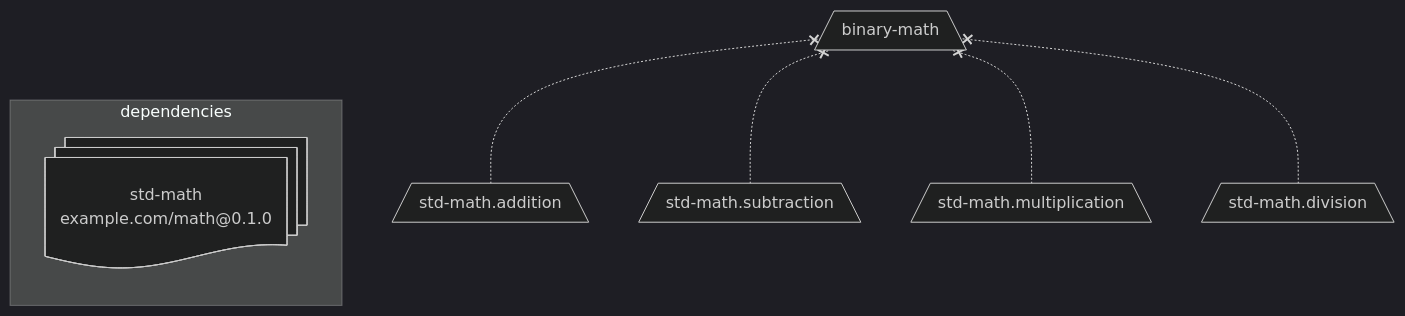
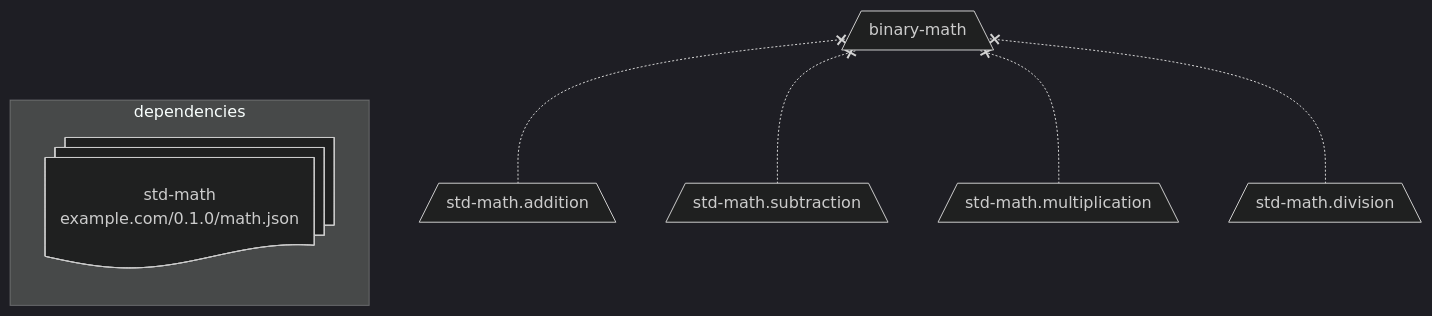
One commit to openproficiency/model changed the first of 3 diagrams in specs/topic-list.md. Above: the diagram before and after it, drawn with Mermaid (dark theme). The commit also changed other lines of this file and 9 other files, not shown here.

````diff
--- a/specs/topic-list.md
+++ b/specs/topic-list.md
@@ -64,15 +67,15 @@
 ```mermaid
 flowchart BT
 
   binary-math[/"binary-math"\]
 
     addition[/"std-math.addition"\] -.-x binary-math
     subtraction[/"std-math.subtraction"\] -.-x binary-math
     multiplication[/"std-math.multiplication"\] -.-x binary-math
     division[/"std-math.division"\] -.-x binary-math
 
   %% Dependencies
   subgraph dependencies
-    std-math@{ shape: docs, label: "std-math<br/>example.com/math@0.1.0" }
+    std-math@{ shape: docs, label: "std-math<br/>example.com/0.1.0/math.json" }
   end
 ```
````
